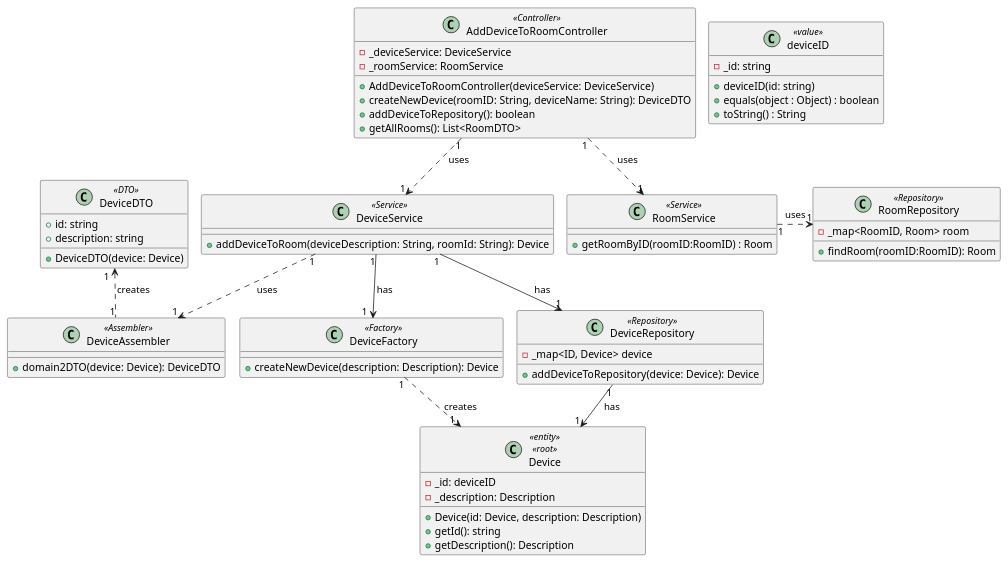
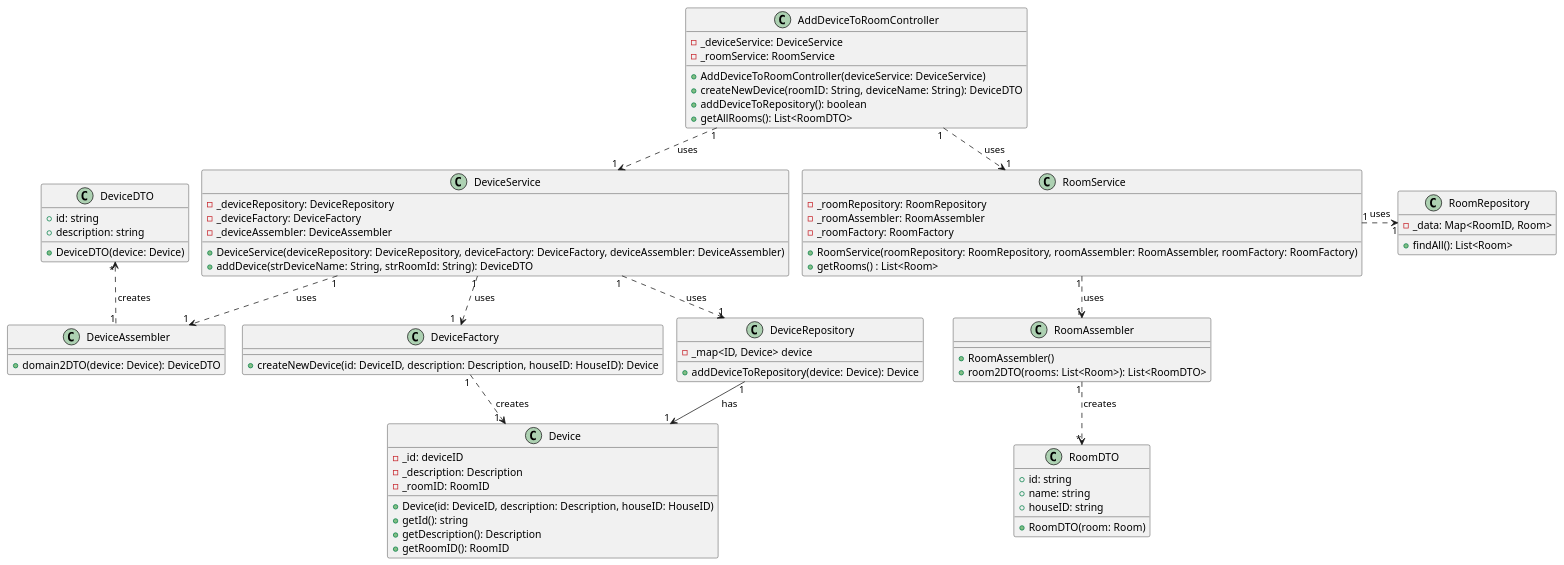
One commit to olivDiogo/SmartHome changed the diagram in docs/ood/classDiagram/US05AddDeviceToRoom.puml. Above: the diagram before and after it, drawn with PlantUML. The commit also changed 1 other file, not shown here.

Commit message:
#123 #125 Completion of sequence and class diagram US05

```diff
--- a/docs/ood/classDiagram/US05AddDeviceToRoom.puml
+++ b/docs/ood/classDiagram/US05AddDeviceToRoom.puml
@@ -1,71 +1,86 @@
 @startuml
 !pragma layout smetana
 
-class Device<<entity>> <<root>> {
+class Device {
   - _id: deviceID
   - _description: Description
-  + Device(id: Device, description: Description)
+  - _roomID: RoomID
+  + Device(id: DeviceID, description: Description, houseID: HouseID)
   + getId(): string
   + getDescription(): Description
+  + getRoomID(): RoomID
   }
 
-class deviceID<<value>> {
-  - _id: string
-  + deviceID(id: string)
-  +equals(object : Object) : boolean
-  +toString() : String
+class DeviceFactory {
+  + createNewDevice(id: DeviceID, description: Description, houseID: HouseID): Device
   }
 
-class DeviceFactory<<Factory>> {
-  + createNewDevice(description: Description): Device
-  }
-
-class DeviceRepository<<Repository>> {
+class DeviceRepository {
   - _map<ID, Device> device
   + addDeviceToRepository(device: Device): Device
   }
-class DeviceService<<Service>> {
-  + addDeviceToRoom(deviceDescription: String, roomId: String): Device
+class DeviceService {
+  - _deviceRepository: DeviceRepository
+  - _deviceFactory: DeviceFactory
+  - _deviceAssembler: DeviceAssembler
+    + DeviceService(deviceRepository: DeviceRepository, deviceFactory: DeviceFactory, deviceAssembler: DeviceAssembler)
+  + addDevice(strDeviceName: String, strRoomId: String): DeviceDTO
   }
 
- class RoomService<<Service>> {
-  + getRoomByID(roomID:RoomID) : Room
+ class RoomService{
+  - _roomRepository: RoomRepository
+  - _roomAssembler: RoomAssembler
+  - _roomFactory: RoomFactory
+  + RoomService(roomRepository: RoomRepository, roomAssembler: RoomAssembler, roomFactory: RoomFactory)
+  + getRooms() : List<Room>
   }
 
-class RoomRepository<<Repository>> {
-  - _map<RoomID, Room> room
-  + findRoom(roomID:RoomID): Room
+class RoomRepository {
+  - _data: Map<RoomID, Room>
+  + findAll(): List<Room>
   }
 
-class AddDeviceToRoomController<<Controller>> {
+class RoomAssembler {
+    +RoomAssembler()
+    +room2DTO(rooms: List<Room>): List<RoomDTO>
+}
+
+class RoomDTO {
+    + id: string
+    + name: string
+    + houseID: string
+    + RoomDTO(room: Room)
+}
+
+class AddDeviceToRoomController {
   - _deviceService: DeviceService
   - _roomService: RoomService
   + AddDeviceToRoomController(deviceService: DeviceService)
   + createNewDevice(roomID: String, deviceName: String): DeviceDTO
   + addDeviceToRepository(): boolean
   + getAllRooms(): List<RoomDTO>
   }
-class DeviceDTO<<DTO>> {
+class DeviceDTO {
 + id: string
 + description: string
 + DeviceDTO(device: Device)
 }
-class DeviceAssembler<<Assembler>> {
+class DeviceAssembler{
   + domain2DTO(device: Device): DeviceDTO
   }
 
 
 DeviceRepository "1" -down-> "1" Device: has
-DeviceService "1"-down->"1  " DeviceFactory: has
-DeviceService "1"-down->"1" DeviceRepository: has
+DeviceService "1".down.>"1  " DeviceFactory: uses
 DeviceService "1".down.>"1" DeviceAssembler: uses
+DeviceService "1".down.>"1" DeviceRepository: uses
 RoomService "1".right.>"1" RoomRepository: uses
 DeviceFactory "1".down.>"1  " Device: creates
 AddDeviceToRoomController "1".down.>"1" DeviceService: uses
 AddDeviceToRoomController "1".down.>"1" RoomService: uses
-DeviceAssembler "1".up.> "1  " DeviceDTO: creates
-
-
+DeviceAssembler "1".up.> "*" DeviceDTO: creates
+RoomService "1".down.>"1" RoomAssembler: uses
+RoomAssembler "1".down.>"*" RoomDTO: creates
 
 
 @enduml
```
